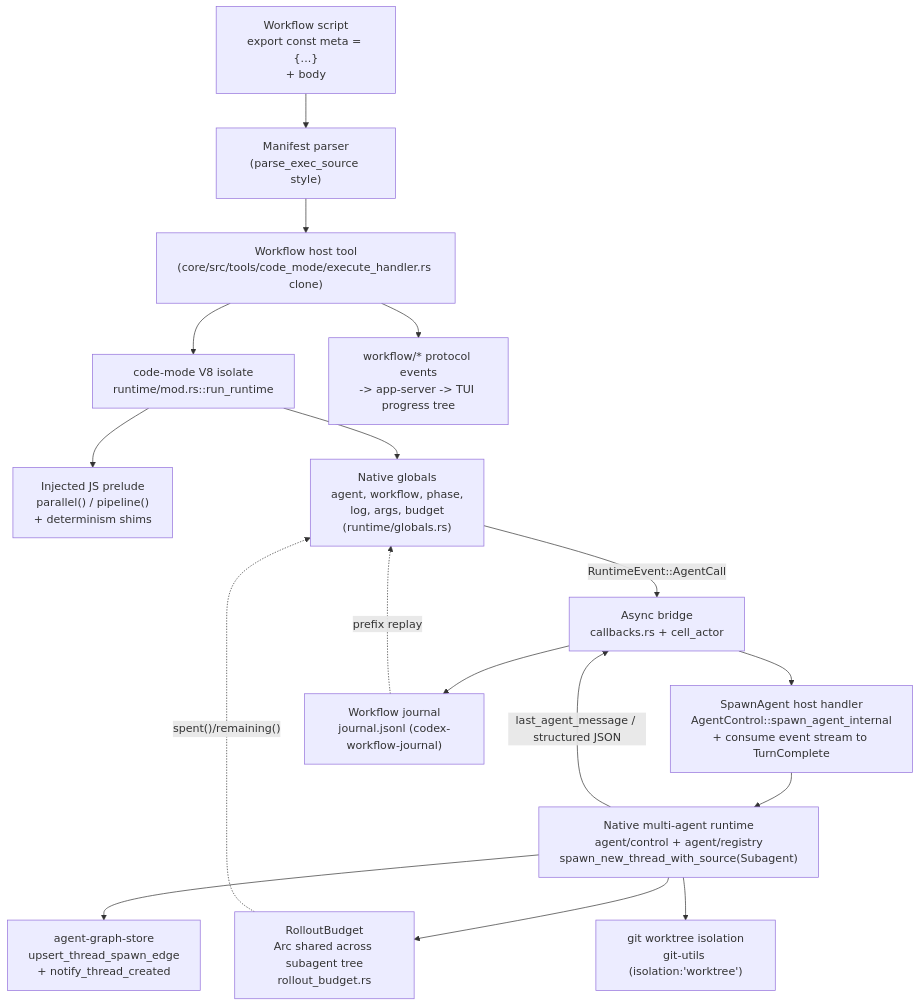
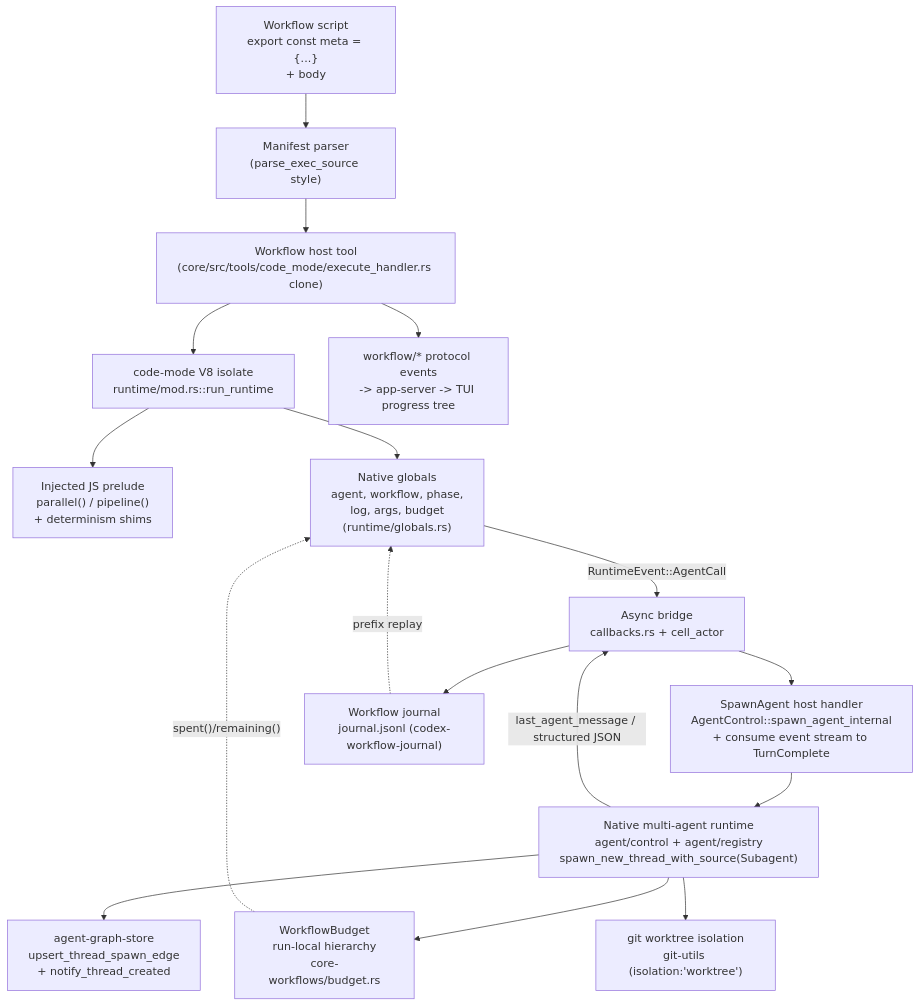
One commit to kedarkolluri/codex changed the diagram in docs/dynamic-workflows-spec.md. Above: the diagram before and after it, drawn with Mermaid. The commit also changed other lines of this file and 504 other files, not shown here.

````diff
--- a/docs/dynamic-workflows-spec.md
+++ b/docs/dynamic-workflows-spec.md
@@ -58,19 +61,19 @@
 ```mermaid
 flowchart TD
     SCRIPT["Workflow script<br/>export const meta = {...}<br/>+ body"] --> META["Manifest parser<br/>(parse_exec_source style)"]
     META --> HOST["Workflow host tool<br/>(core/src/tools/code_mode/execute_handler.rs clone)"]
     HOST --> V8["code-mode V8 isolate<br/>runtime/mod.rs::run_runtime"]
     V8 --> PRELUDE["Injected JS prelude<br/>parallel() / pipeline()<br/>+ determinism shims"]
     V8 --> GLOBALS["Native globals<br/>agent, workflow, phase,<br/>log, args, budget<br/>(runtime/globals.rs)"]
     GLOBALS -->|RuntimeEvent::AgentCall| BRIDGE["Async bridge<br/>callbacks.rs + cell_actor"]
     BRIDGE --> SPAWN["SpawnAgent host handler<br/>AgentControl::spawn_agent_internal<br/>+ consume event stream to TurnComplete"]
     SPAWN --> MULTI["Native multi-agent runtime<br/>agent/control + agent/registry<br/>spawn_new_thread_with_source(Subagent)"]
     MULTI -->|last_agent_message / structured JSON| BRIDGE
-    MULTI --> BUDGET["RolloutBudget<br/>Arc shared across subagent tree<br/>rollout_budget.rs"]
+    MULTI --> BUDGET["WorkflowBudget<br/>run-local hierarchy<br/>core-workflows/budget.rs"]
     MULTI --> EDGE["agent-graph-store<br/>upsert_thread_spawn_edge<br/>+ notify_thread_created"]
     BRIDGE --> JOURNAL["Workflow journal<br/>journal.jsonl (codex-workflow-journal)"]
     BUDGET -.spent()/remaining().-> GLOBALS
     JOURNAL -.prefix replay.-> GLOBALS
     MULTI --> WORKTREE["git worktree isolation<br/>git-utils (isolation:'worktree')"]
     HOST --> EVENTS["workflow/* protocol events<br/>-> app-server -> TUI progress tree"]
 ```
````
